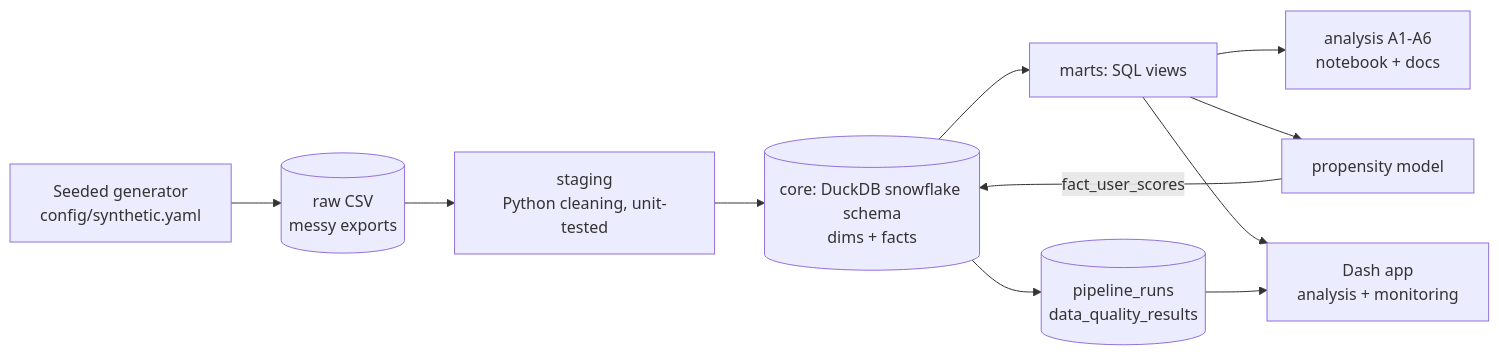
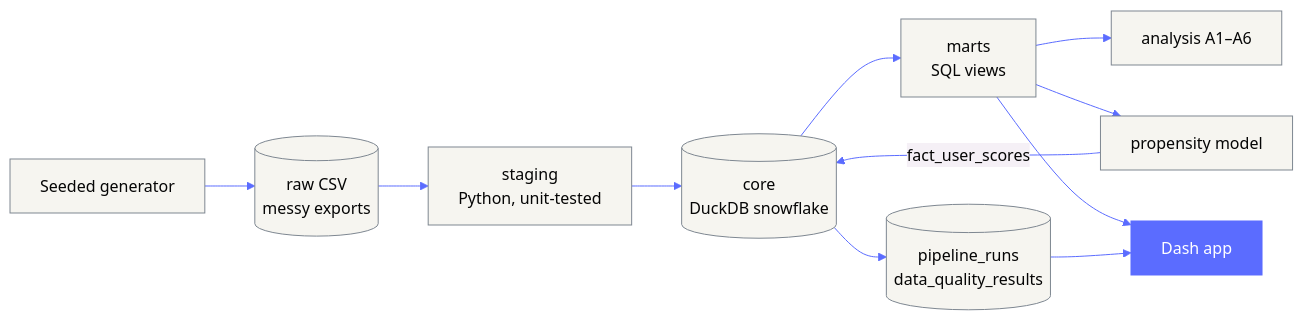
One commit to arielabade/growth-analytics-warehouse changed the diagram in README.md. Above: the diagram before and after it, drawn with Mermaid. The commit also changed other lines of this file and 13 other files, not shown here.

````diff
--- a/README.md
+++ b/README.md
@@ -45,13 +67,15 @@
 ```mermaid
+%%{init: {'theme':'base','themeVariables':{'primaryColor':'#F6F5F0','primaryTextColor':'#050505','primaryBorderColor':'#7E8791','lineColor':'#5B6CFF','fontFamily':'Lato, Helvetica, Arial, sans-serif'}}}%%
 flowchart LR
-    G[Seeded generator<br/>config/synthetic.yaml] --> R[(raw CSV<br/>messy exports)]
-    R --> S[staging<br/>Python cleaning, unit-tested]
-    S --> C[(core: DuckDB snowflake schema<br/>dims + facts)]
-    C --> M[marts: SQL views]
-    M --> A[analysis A1-A6<br/>notebook + docs]
+    G[Seeded generator] --> R[(raw CSV<br/>messy exports)]
+    R --> S[staging<br/>Python, unit-tested]
+    S --> C[(core<br/>DuckDB snowflake)]
+    C --> M[marts<br/>SQL views]
+    M --> A[analysis A1–A6]
     M --> ML[propensity model]
     ML -->|fact_user_scores| C
-    M --> D[Dash app<br/>analysis + monitoring]
+    M --> D[Dash app]
     C --> Q[(pipeline_runs<br/>data_quality_results)]
     Q --> D
+    style D fill:#5B6CFF,stroke:#5B6CFF,color:#FFFFFF
 ```
````
